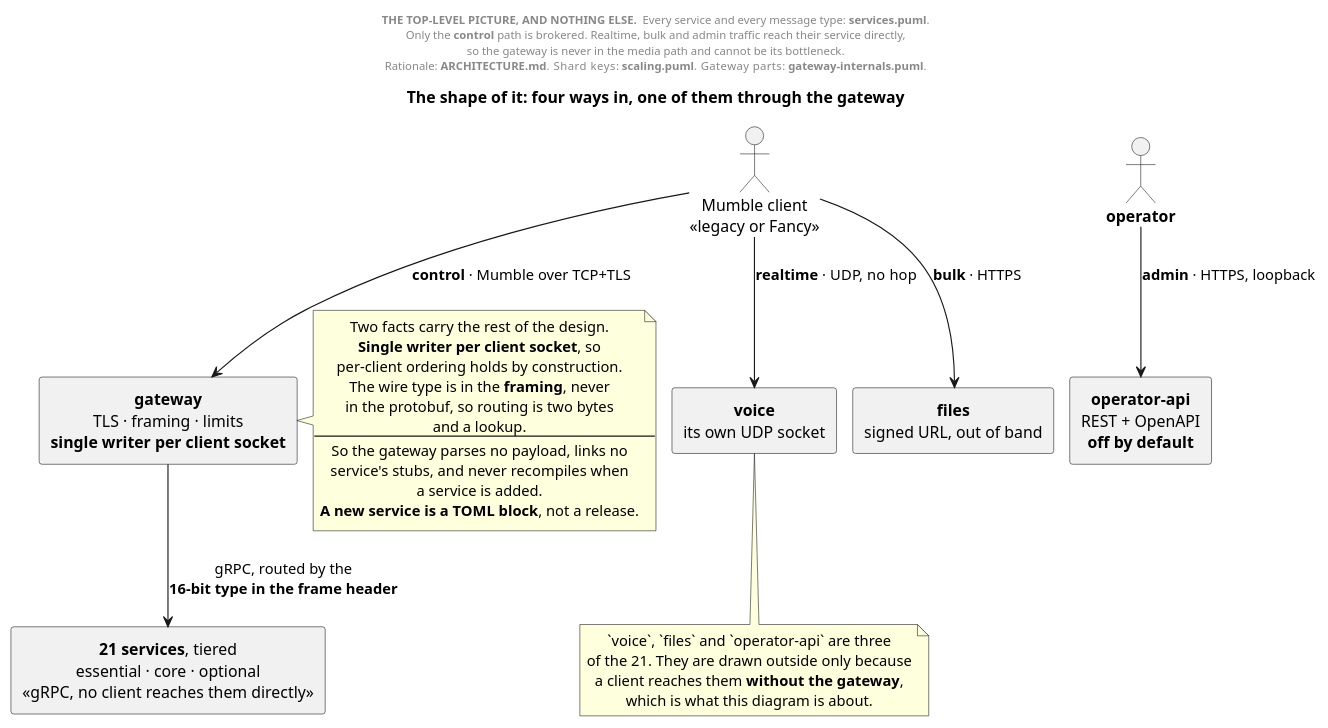
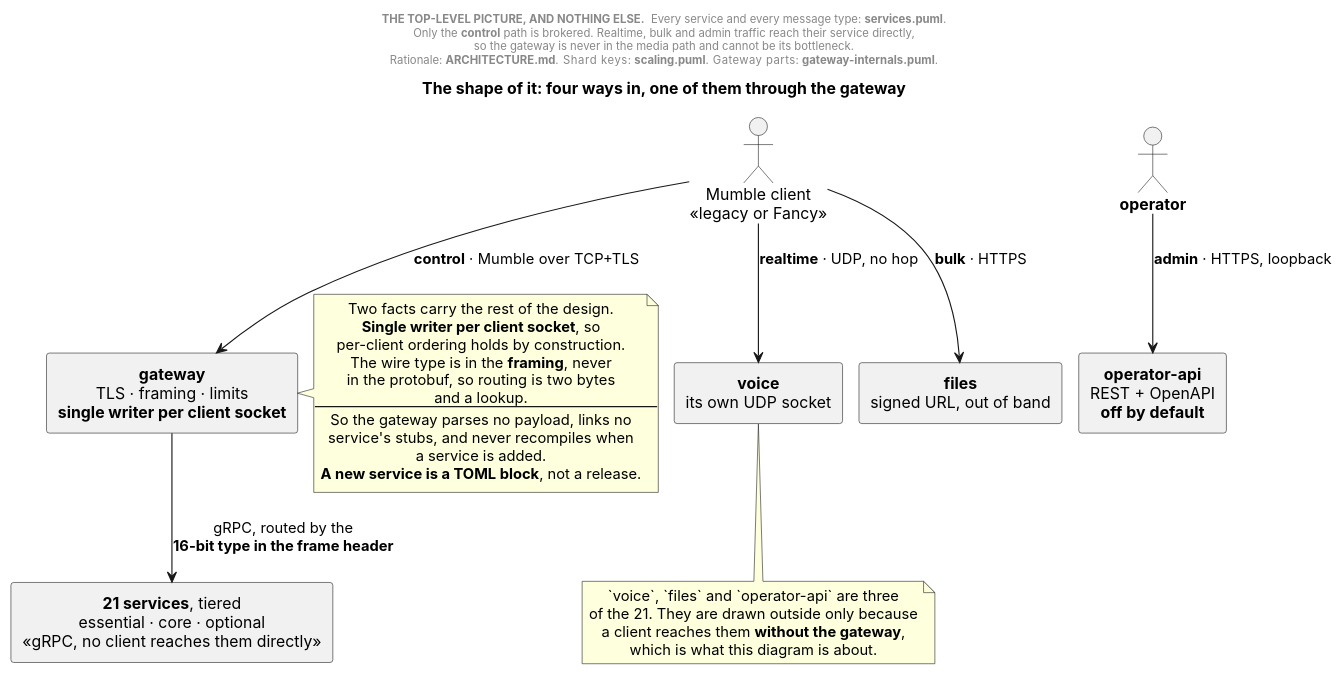
Before and after one commit to Fancy-Mumble/starling: the diagram in docs/diagrams/shape.iuml, drawn with PlantUML. The commit also changed 3 other files, not shown here.

First line of the commit message:
docs(diagrams): move the diagram font off Verdana to an Inter sans stack

```diff
--- a/docs/diagrams/shape.iuml
+++ b/docs/diagrams/shape.iuml
@@ -1,72 +1,76 @@
 ' The body of shape.puml / shape-dark.puml. Not a diagram on its own: it carries
 ' no start marker, so PlantUML will not render this file directly.
 '
 ' Careful: the start and end markers must not appear in this file *at all*, not
 ' even inside a comment like this one. PlantUML scans for them lexically, so a
 ' comment that merely names one opens a second diagram here and the include
 ' fails with a line number pointing at neither. That cost a bisect to find.
 '
 ' Split out because the README ships a light and a dark render and they must not
 ' drift. Everything that is the same in both lives here; each wrapper adds only
 ' the handful of colours that differ. A global switch cannot do this job:
 ' `-darkmode`, `-S<param>` and the env lookup were all tried and all lose to the
 ' `!theme` and the explicit fills below, which is why the split exists.
 '
 ' Every colour is a variable set by the wrapper, so the dark render is dark
 ' throughout: dark canvas, dark cards, light text. An earlier attempt changed
 ' only the canvas and left the cards white, which on a dark page is a worse
 ' result than no dark mode at all.
 
+' The README embeds the SVG renders. A post-render step widens this single font
+' name into a fallback stack (see README.md), so a viewer without Inter still
+' gets a sans-serif rather than the monospace a missing font can fall back to.
+skinparam defaultFontName Inter
 skinparam componentStyle rectangle
 skinparam shadowing false
 skinparam nodesep 14
 skinparam ranksep 45
 skinparam defaultTextAlignment center
 
 title The shape of it: four ways in, one of them through the gateway
 
 header
 <b>THE TOP-LEVEL PICTURE, AND NOTHING ELSE.</b>  Every service and every message type: <b>services.puml</b>.
 Only the <b>control</b> path is brokered. Realtime, bulk and admin traffic reach their service directly,
 so the gateway is never in the media path and cannot be its bottleneck.
 Rationale: <b>ARCHITECTURE.md</b>.   Shard keys: <b>scaling.puml</b>.   Gateway parts: <b>gateway-internals.puml</b>.
 endheader
 
 actor "Mumble client\n«legacy or Fancy»" as client $c_client
 actor "**operator**" as oper $c_oper
 
 component "**gateway**\nTLS · framing · limits\n**single writer per client socket**" as gw $c_gw
 
 component "**21 services**, tiered\nessential · core · optional\n«gRPC, no client reaches them directly»" as svc $c_svc
 
 component "**voice**\nits own UDP socket" as voice $c_media
 component "**files**\nsigned URL, out of band" as files $c_media
 component "**operator-api**\nREST + OpenAPI\n**off by default**" as opapi $c_opapi
 
 client --> gw : **control** · Mumble over TCP+TLS
 gw --> svc : gRPC, routed by the\n**16-bit type in the frame header**
 
 client --> voice : **realtime** · UDP, no hop
 client --> files : **bulk** · HTTPS
 oper --> opapi : **admin** · HTTPS, loopback
 
 note right of gw
   Two facts carry the rest of the design.
   **Single writer per client socket**, so
   per-client ordering holds by construction.
   The wire type is in the **framing**, never
   in the protobuf, so routing is two bytes
   and a lookup.
   --
   So the gateway parses no payload, links no
   service's stubs, and never recompiles when
   a service is added.
   **A new service is a TOML block**, not a release.
 end note
 
 note bottom of voice
   `voice`, `files` and `operator-api` are three
   of the 21. They are drawn outside only because
   a client reaches them **without the gateway**,
   which is what this diagram is about.
 end note
```
